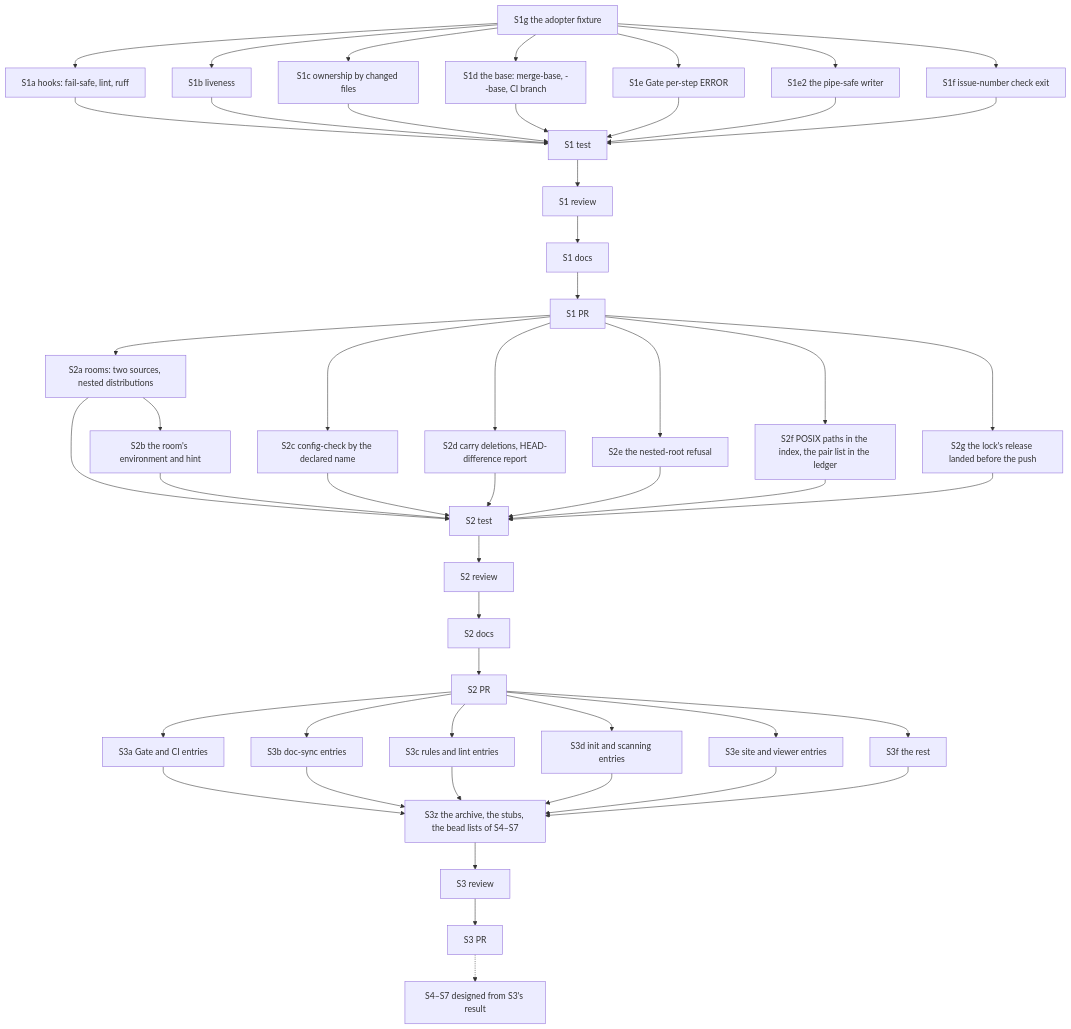
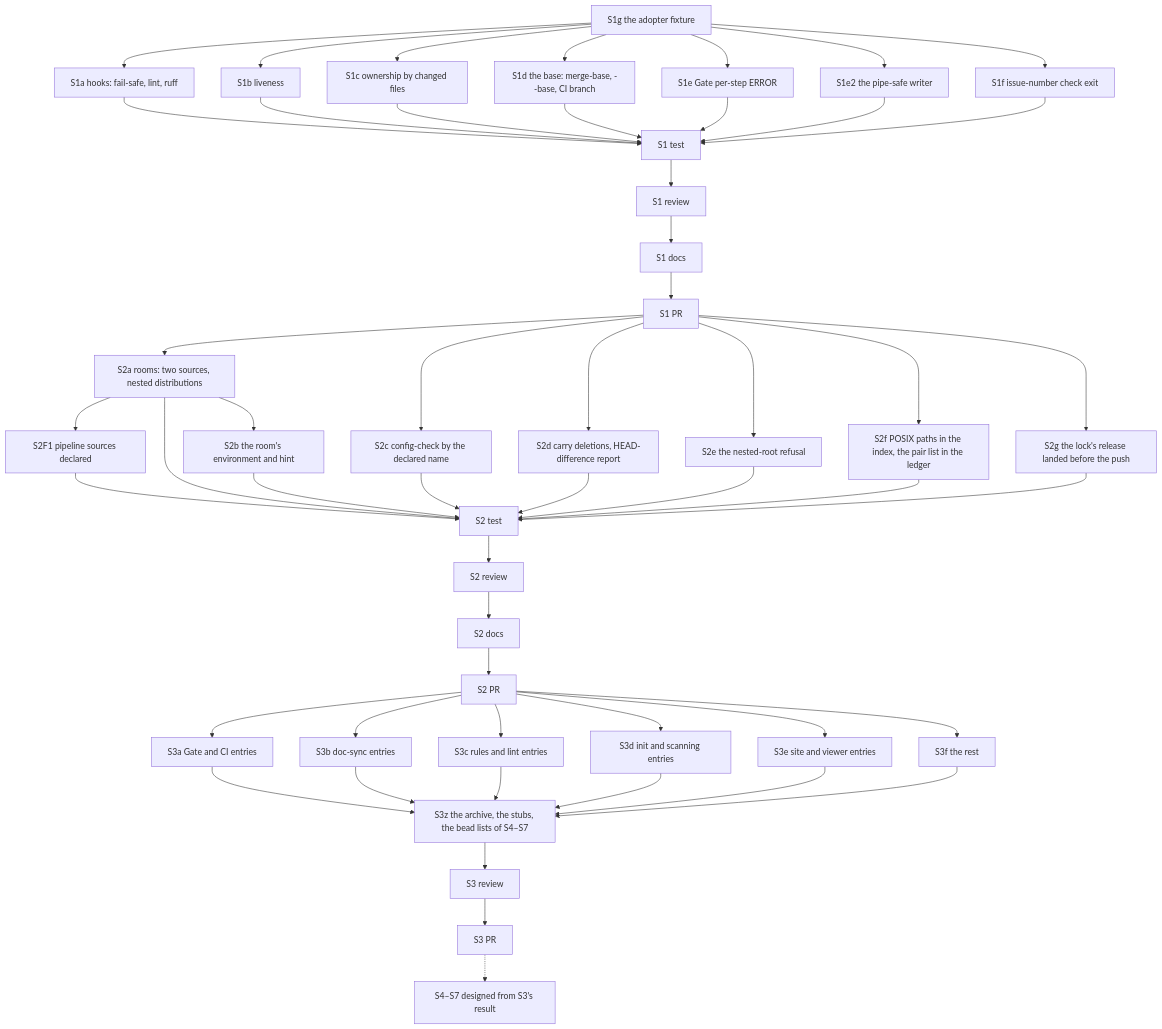
One commit to zoologov/beadloom changed the diagram in .claude/development/docs/features/BDL-083/PLAN.md. Above: the diagram before and after it, drawn with Mermaid. The commit also changed other lines of this file and 4 other files, not shown here.

First line of the commit message:
[BDL-083] docs: D6 amended by the owner's ruling — the pipeline files the room census reads are declared, not ordered; S2F1 bead wired before S2T

````diff
--- a/.claude/development/docs/features/BDL-083/PLAN.md
+++ b/.claude/development/docs/features/BDL-083/PLAN.md
@@ -17,47 +17,49 @@
 ```mermaid
 graph TD
     S1g[S1g the adopter fixture] --> S1a[S1a hooks: fail-safe, lint, ruff]
     S1g --> S1b[S1b liveness]
     S1g --> S1c[S1c ownership by changed files]
     S1g --> S1d[S1d the base: merge-base, --base, CI branch]
     S1g --> S1e[S1e Gate per-step ERROR]
     S1g --> S1e2[S1e2 the pipe-safe writer]
     S1g --> S1f[S1f issue-number check exit]
     S1a --> S1T[S1 test]
     S1b --> S1T
     S1c --> S1T
     S1d --> S1T
     S1e --> S1T
     S1e2 --> S1T
     S1f --> S1T
     S1T --> S1R[S1 review] --> S1W[S1 docs] --> S1P[S1 PR]
     S1P --> S2a[S2a rooms: two sources, nested distributions]
     S1P --> S2c[S2c config-check by the declared name]
     S1P --> S2d[S2d carry deletions, HEAD-difference report]
     S1P --> S2e[S2e the nested-root refusal]
     S1P --> S2f[S2f POSIX paths in the index, the pair list in the ledger]
     S1P --> S2g[S2g the lock's release landed before the push]
     S2a --> S2b[S2b the room's environment and hint]
-    S2a --> S2T[S2 test]
+    S2a --> S2F1[S2F1 pipeline sources declared]
+    S2F1 --> S2T[S2 test]
+    S2a --> S2T
     S2b --> S2T
     S2c --> S2T
     S2d --> S2T
     S2e --> S2T
     S2f --> S2T
     S2g --> S2T
     S2T --> S2R[S2 review] --> S2W[S2 docs] --> S2P[S2 PR]
     S2P --> S3a[S3a Gate and CI entries]
     S2P --> S3b[S3b doc-sync entries]
     S2P --> S3c[S3c rules and lint entries]
     S2P --> S3d[S3d init and scanning entries]
     S2P --> S3e[S3e site and viewer entries]
     S2P --> S3f[S3f the rest]
     S3a --> S3z[S3z the archive, the stubs, the bead lists of S4–S7]
     S3b --> S3z
     S3c --> S3z
     S3d --> S3z
     S3e --> S3z
     S3f --> S3z
     S3z --> S3R[S3 review] --> S3P[S3 PR]
     S3P -.-> S4[S4–S7 designed from S3's result]
 ```
````
